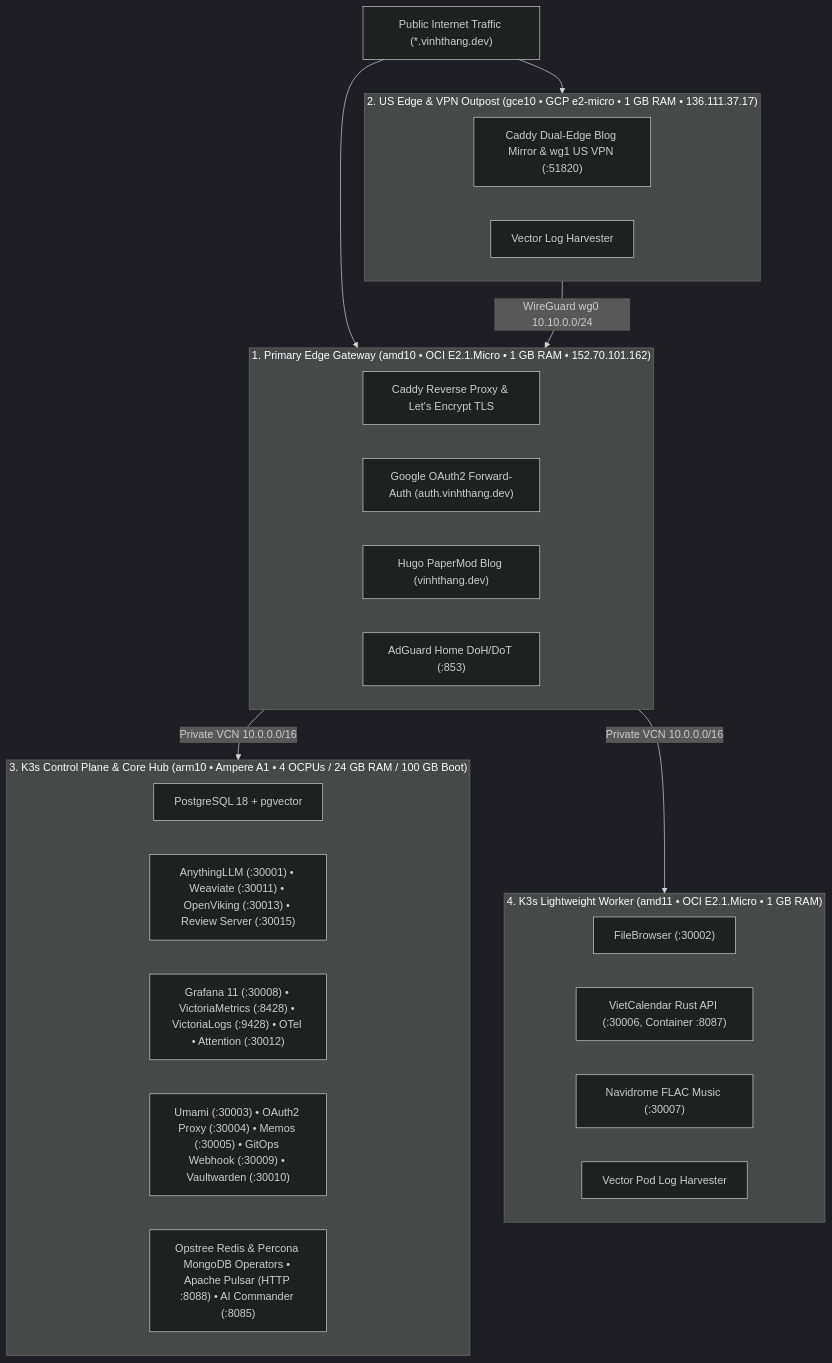
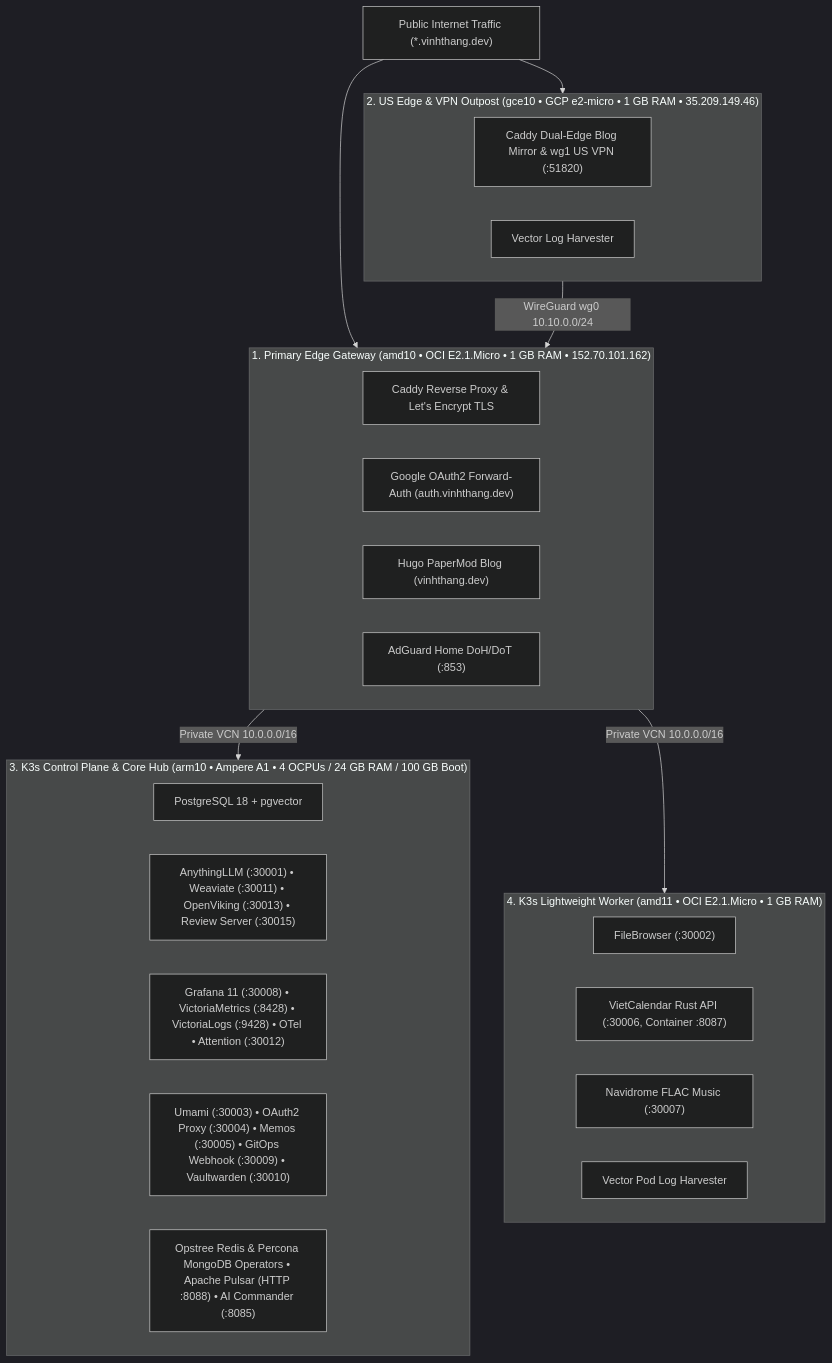
The diagram in README.md (vinhthang/oci), drawn with Mermaid (dark theme) before and after one commit. The commit also changed other lines of this file and 10 other files, not shown here.

Commit message:
chore(gcp): migrate gce10 to STANDARD tier (35.209.149.46) and harden billing/IAM (ADR-0062)

````diff
--- a/README.md
+++ b/README.md
@@ -18,36 +18,36 @@
 ```mermaid
 graph TD
     User["Public Internet Traffic (*.vinhthang.dev)"] --> EdgeOCI
     User --> EdgeGCP
 
     subgraph EdgeOCI["1. Primary Edge Gateway (amd10 • OCI E2.1.Micro • 1 GB RAM • 152.70.101.162)"]
         Caddy["Caddy Reverse Proxy & Let's Encrypt TLS"]
         SSO["Google OAuth2 Forward-Auth (auth.vinhthang.dev)"]
         Blog["Hugo PaperMod Blog (vinhthang.dev)"]
         DNS["AdGuard Home DoH/DoT (:853)"]
     end
 
-    subgraph EdgeGCP["2. US Edge & VPN Outpost (gce10 • GCP e2-micro • 1 GB RAM • 136.111.37.17)"]
+    subgraph EdgeGCP["2. US Edge & VPN Outpost (gce10 • GCP e2-micro • 1 GB RAM • 35.209.149.46)"]
         CaddyUS["Caddy Dual-Edge Blog Mirror & wg1 US VPN (:51820)"]
         VectorUS["Vector Log Harvester"]
     end
 
     EdgeOCI -->|Private VCN 10.0.0.0/16| K8sMaster
     EdgeOCI -->|Private VCN 10.0.0.0/16| K8sWorker
     EdgeGCP -->|WireGuard wg0 10.10.0.0/24| EdgeOCI
 
     subgraph K8sMaster["3. K3s Control Plane & Core Hub (arm10 • Ampere A1 • 4 OCPUs / 24 GB RAM / 100 GB Boot)"]
         PG["PostgreSQL 18 + pgvector"]
         AI["AnythingLLM (:30001) • Weaviate (:30011) • OpenViking (:30013) • Review Server (:30015)"]
         Obs["Grafana 11 (:30008) • VictoriaMetrics (:8428) • VictoriaLogs (:9428) • OTel • Attention (:30012)"]
         Apps["Umami (:30003) • OAuth2 Proxy (:30004) • Memos (:30005) • GitOps Webhook (:30009) • Vaultwarden (:30010)"]
         Data["Opstree Redis & Percona MongoDB Operators • Apache Pulsar (HTTP :8088) • AI Commander (:8085)"]
     end
 
     subgraph K8sWorker["4. K3s Lightweight Worker (amd11 • OCI E2.1.Micro • 1 GB RAM)"]
         Files["FileBrowser (:30002)"]
         VC["VietCalendar Rust API (:30006, Container :8087)"]
         Navi["Navidrome FLAC Music (:30007)"]
         VectorWorker["Vector Pod Log Harvester"]
     end
 ```
````
